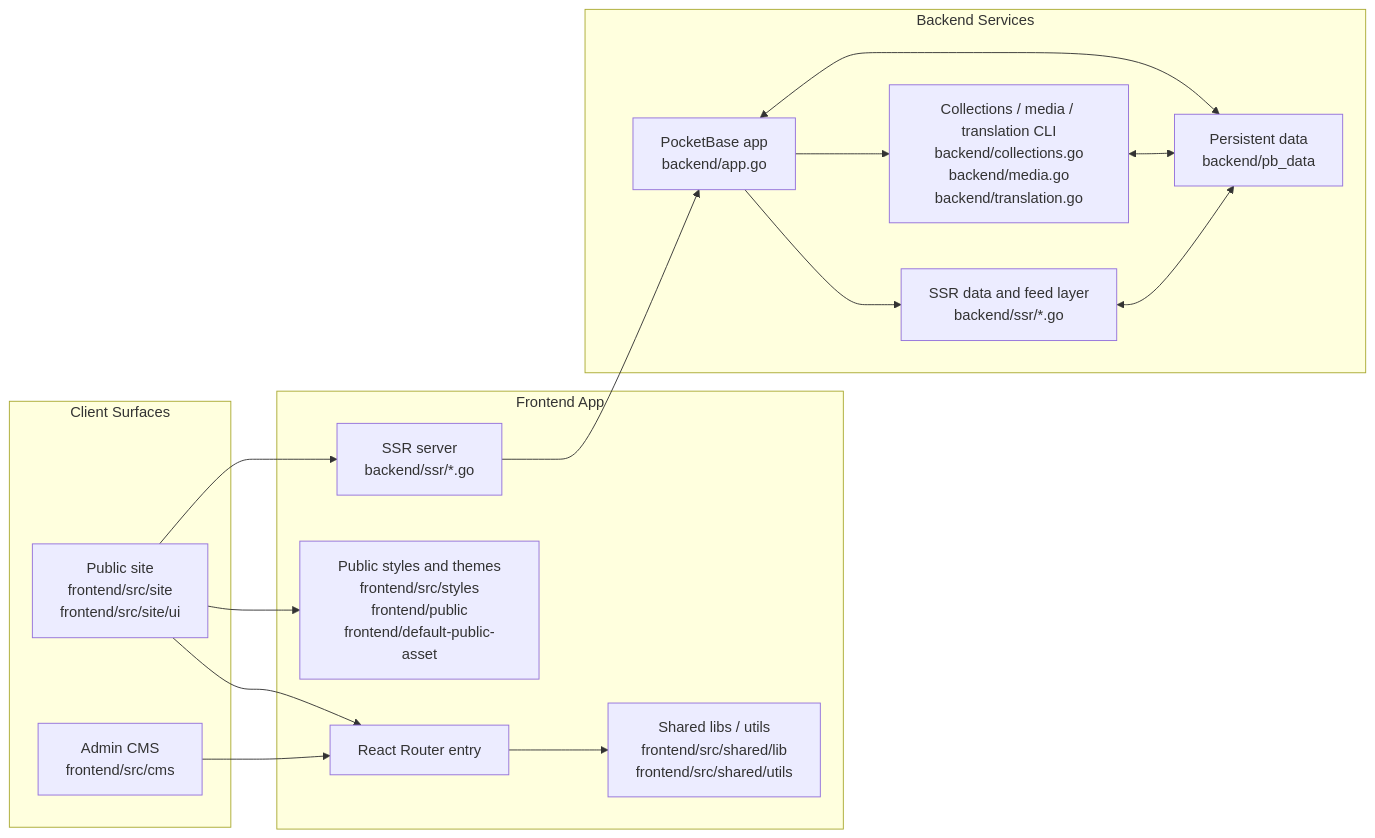
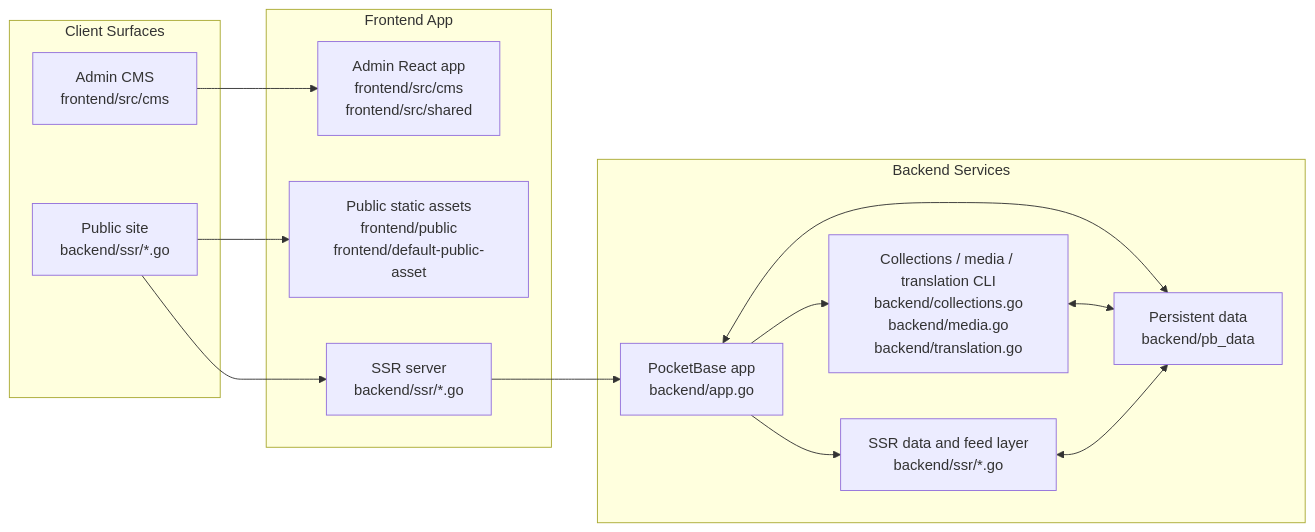
One commit to haturatu/alleycat changed the diagram in README.md. Above: the diagram before and after it, drawn with Mermaid. The commit also changed other lines of this file and 13 other files, not shown here.

````diff
--- a/README.md
+++ b/README.md
@@ -29,33 +29,30 @@
 ```mermaid
 flowchart LR
   subgraph Client["Client Surfaces"]
-    Public["Public site<br/>frontend/src/site<br/>frontend/src/site/ui"]
+    Public["Public site<br/>backend/ssr/*.go"]
     Admin["Admin CMS<br/>frontend/src/cms"]
   end
 
   subgraph Frontend["Frontend App"]
-    Router["React Router entry"]
-    Shared["Shared libs / utils<br/>frontend/src/shared/lib<br/>frontend/src/shared/utils"]
-    Theme["Public styles and themes<br/>frontend/src/styles<br/>frontend/public<br/>frontend/default-public-asset"]
+    AdminApp["Admin React app<br/>frontend/src/cms<br/>frontend/src/shared"]
+    Theme["Public static assets<br/>frontend/public<br/>frontend/default-public-asset"]
     SSR["SSR server<br/>backend/ssr/*.go"]
   end
 
   subgraph Backend["Backend Services"]
     PB["PocketBase app<br/>backend/app.go"]
     Collections["Collections / media / translation CLI<br/>backend/collections.go<br/>backend/media.go<br/>backend/translation.go"]
     SSRData["SSR data and feed layer<br/>backend/ssr/*.go"]
     Data["Persistent data<br/>backend/pb_data"]
   end
 
-  Public --> Router
-  Admin --> Router
-  Router --> Shared
+  Admin --> AdminApp
   Public --> Theme
   Public --> SSR
   SSR --> PB
   PB --> Collections
   PB --> SSRData
   PB <--> Data
   Collections <--> Data
   SSRData <--> Data
 ```
````
